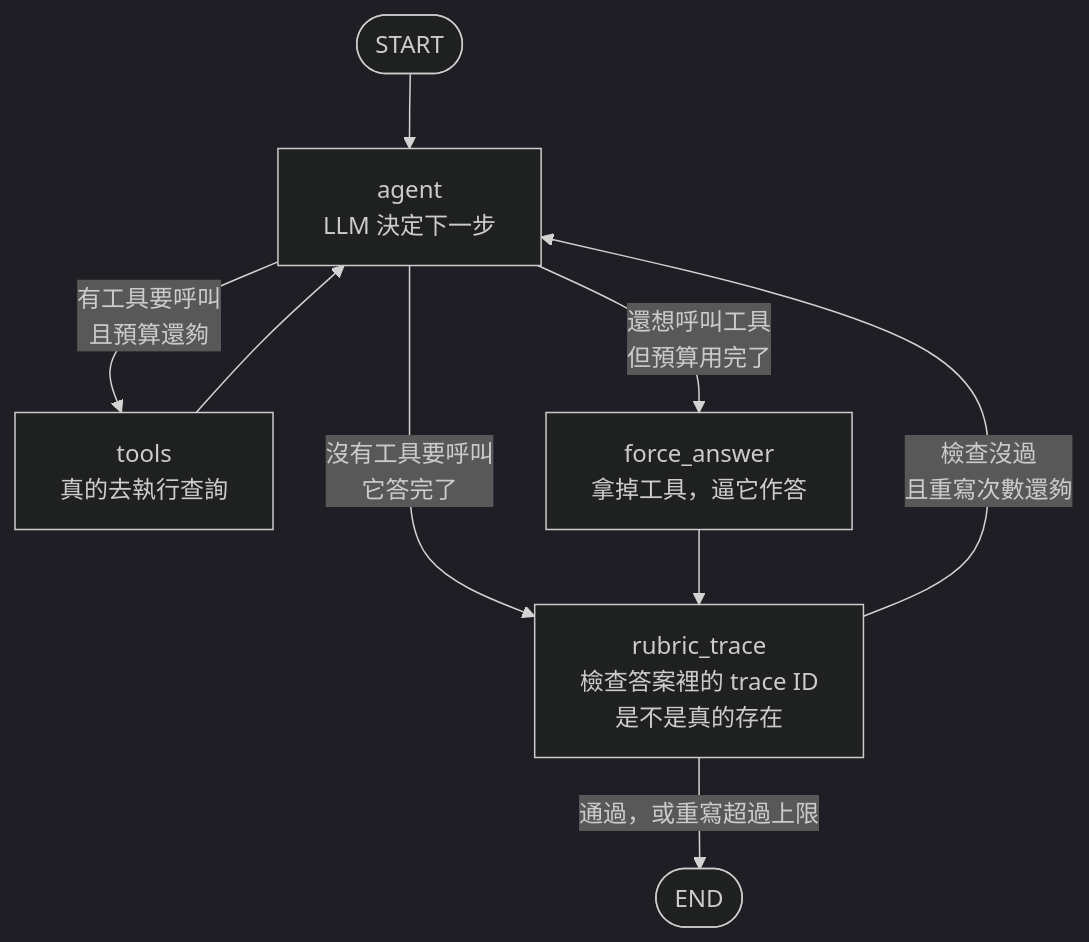
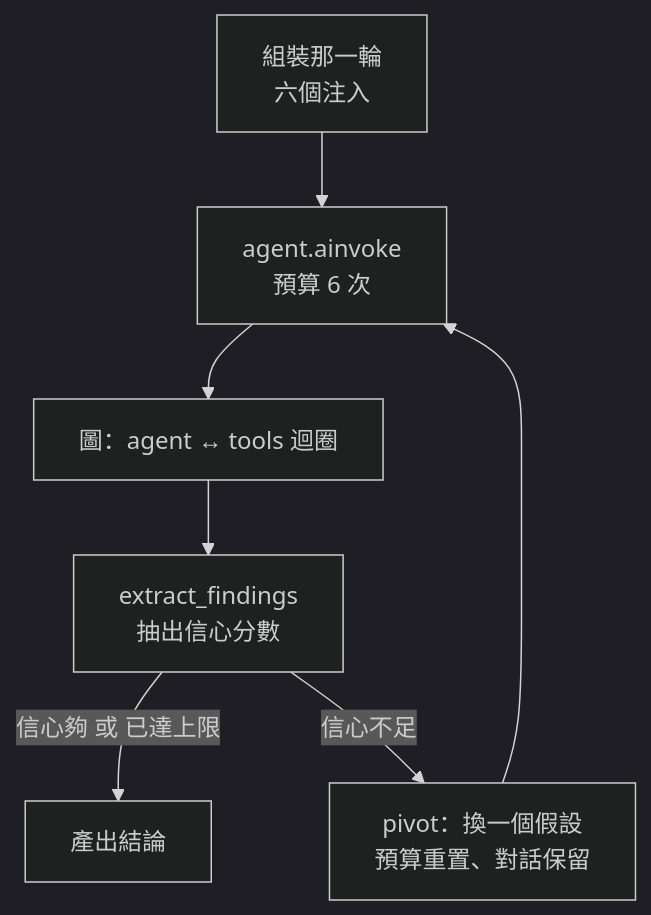
One commit to tedmax100/o11y-bench changed the third of 3 diagrams in weaver-demo/ironman-2026/day20.md. Above: the diagram before and after it, drawn with Mermaid (dark theme). The commit also changed other lines of this file and 81 other files, not shown here.

````diff
--- a/weaver-demo/ironman-2026/day20.md
+++ b/weaver-demo/ironman-2026/day20.md
@@ -131,11 +309,9 @@
 ```mermaid
 flowchart TB
-    START(["START"]) --> AG["agent<br/>LLM 決定下一步"]
-    AG -->|"有工具要呼叫<br/>且預算還夠"| TL["tools<br/>真的去執行查詢"]
-    TL --> AG
-    AG -->|"還想呼叫工具<br/>但預算用完了"| FA["force_answer<br/>拿掉工具，逼它作答"]
-    AG -->|"沒有工具要呼叫<br/>它答完了"| RB["rubric_trace<br/>檢查答案裡的 trace ID<br/>是不是真的存在"]
-    FA --> RB
-    RB -->|"檢查沒過<br/>且重寫次數還夠"| AG
-    RB -->|"通過，或重寫超過上限"| E(["END"])
+    T["組裝那一輪<br/>六個注入"] --> IN["agent.ainvoke<br/>預算 6 次"]
+    IN --> GR["圖：agent ↔ tools 迴圈"]
+    GR --> EF["extract_findings<br/>抽出信心分數"]
+    EF -->|"信心夠 或 已達上限"| DONE["產出結論"]
+    EF -->|"信心不足"| PV["pivot：換一個假設<br/>預算重置、對話保留"]
+    PV --> IN
 ```
````
